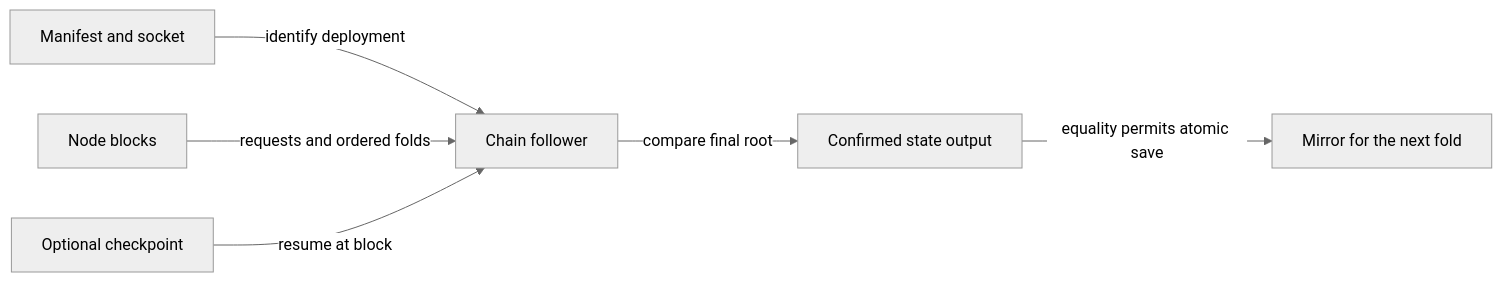
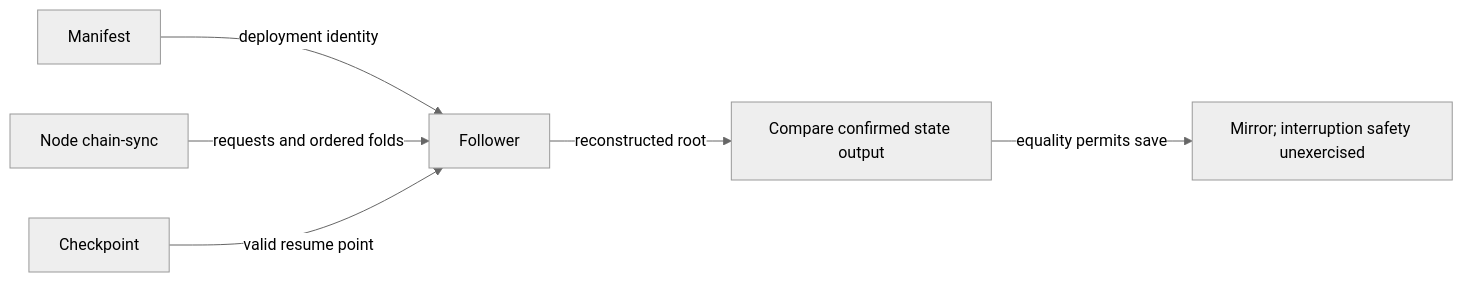
One commit to lambdasistemi/singular changed the diagram in specs/107-registry-follower/plan.md. Above: the diagram before and after it, drawn with Mermaid (neutral theme). The commit also changed other lines of this file and 5 other files, not shown here.

````diff
--- a/specs/107-registry-follower/plan.md
+++ b/specs/107-registry-follower/plan.md
@@ -13,8 +19,8 @@
 ```mermaid
 flowchart LR
-    M[Manifest and socket] -->|identify deployment| F[Chain follower]
-    N[Node blocks] -->|requests and ordered folds| F
-    C[Optional checkpoint] -->|resume at block| F
-    F -->|compare final root| R[Confirmed state output]
-    R -->|equality permits atomic save| T[Mirror for the next fold]
+    M[Manifest] -->|deployment identity| F[Follower]
+    N[Node chain-sync] -->|requests and ordered folds| F
+    C[Checkpoint] -->|valid resume point| F
+    F -->|reconstructed root| R[Compare confirmed state output]
+    R -->|equality permits save| T[Mirror; interruption safety unexercised]
 ```
````
